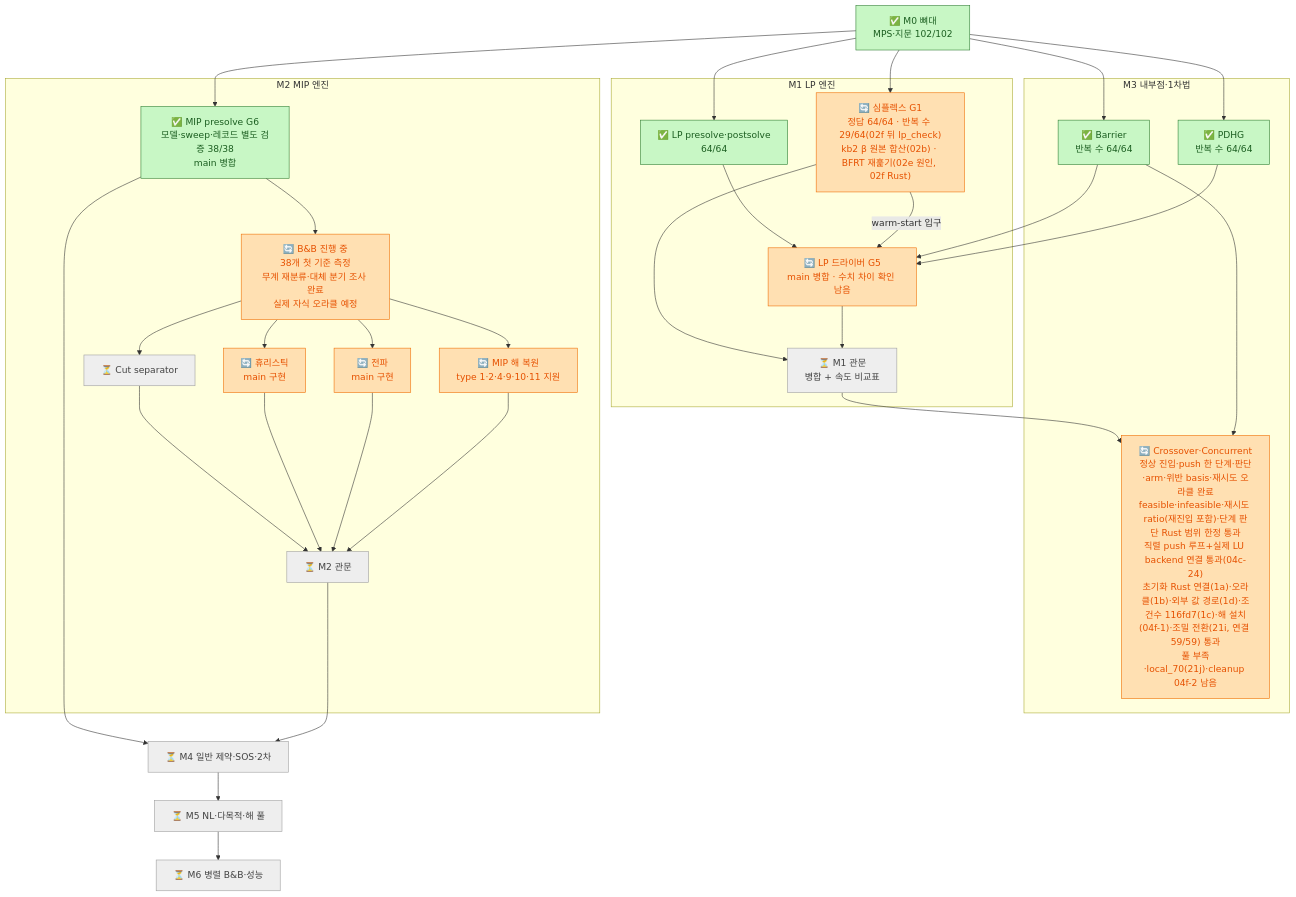
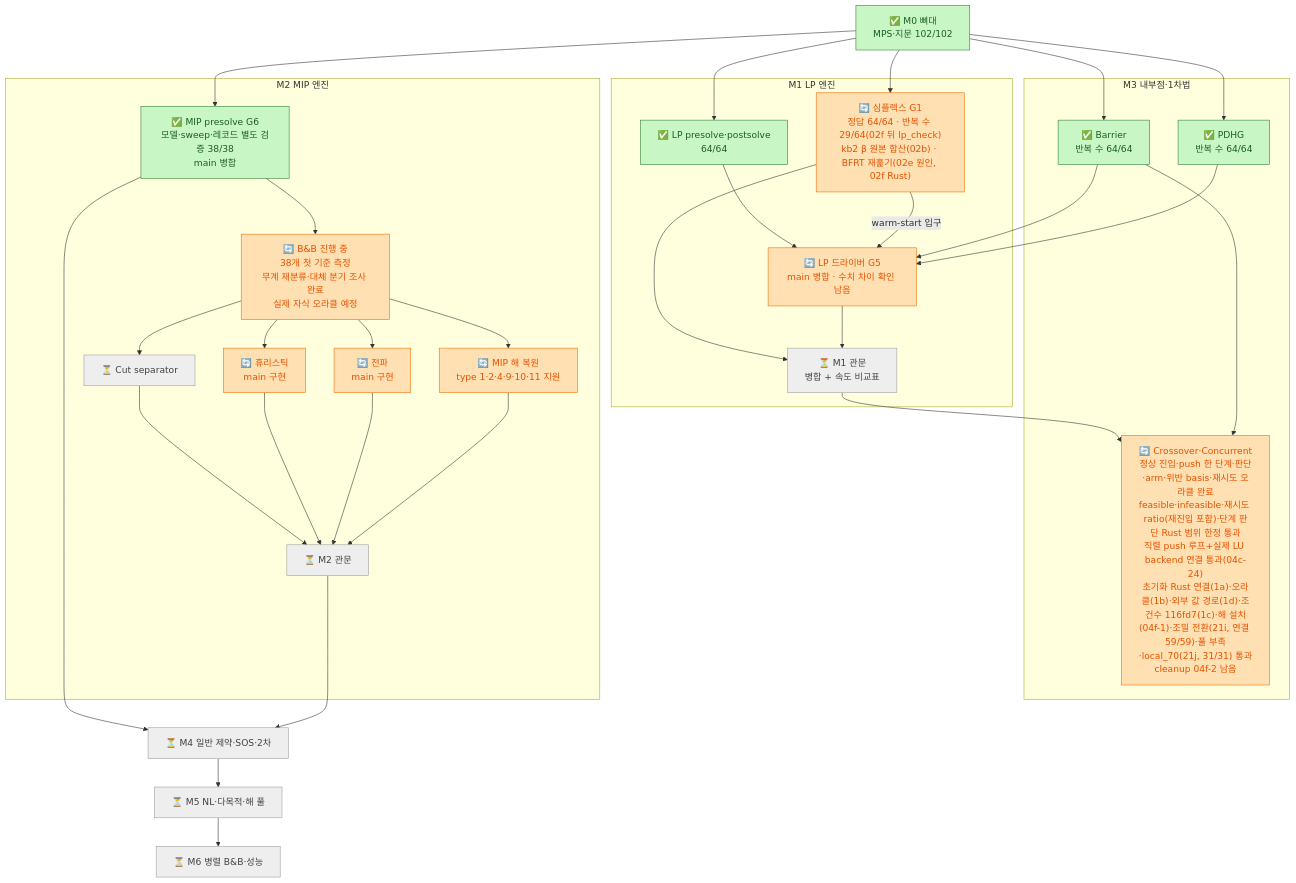
Before and after one commit to kjh278231/kerobi: the diagram in docs/12_roadmap_diagram.md, drawn with Mermaid. The commit also changed other lines of this file and 10 other files, not shown here.

````diff
--- a/docs/12_roadmap_diagram.md
+++ b/docs/12_roadmap_diagram.md
@@ -207,49 +209,49 @@
 ```mermaid
 flowchart TD
     classDef done fill:#c8f7c5,stroke:#2e7d32,color:#1b5e20
     classDef doing fill:#ffe0b2,stroke:#ef6c00,color:#e65100
     classDef pending fill:#bbdefb,stroke:#1565c0,color:#0d47a1
     classDef todo fill:#eeeeee,stroke:#9e9e9e,color:#424242
 
     M0["✅ M0 뼈대<br/>MPS·지문 102/102"]:::done
 
     subgraph M1["M1 LP 엔진"]
         PRE["✅ LP presolve·postsolve<br/>64/64"]:::done
         SPX["🔄 심플렉스 G1<br/>정답 64/64 · 반복 수 29/64(02f 뒤 lp_check)<br/>kb2 β 원본 합산(02b) · BFRT 재훑기(02e 원인, 02f Rust)"]:::doing
         DRV["🔄 LP 드라이버 G5<br/>main 병합 · 수치 차이 확인 남음"]:::doing
         GATE1["⏳ M1 관문<br/>병합 + 속도 비교표"]:::todo
     end
 
     subgraph M3["M3 내부점·1차법"]
         BAR["✅ Barrier<br/>반복 수 64/64"]:::done
         PDHG["✅ PDHG<br/>반복 수 64/64"]:::done
-        XO["🔄 Crossover·Concurrent<br/>정상 진입·push 한 단계·판단·arm·위반 basis·재시도 오라클 완료<br/>feasible·infeasible·재시도 ratio(재진입 포함)·단계 판단 Rust 범위 한정 통과<br/>직렬 push 루프+실제 LU backend 연결 통과(04c-24)<br/>초기화 Rust 연결(1a)·오라클(1b)·외부 값 경로(1d)·조건수 116fd7(1c)·해 설치(04f-1)·조밀 전환(21i, 연결 59/59) 통과<br/>풀 부족·local_70(21j)·cleanup 04f-2 남음"]:::doing
+        XO["🔄 Crossover·Concurrent<br/>정상 진입·push 한 단계·판단·arm·위반 basis·재시도 오라클 완료<br/>feasible·infeasible·재시도 ratio(재진입 포함)·단계 판단 Rust 범위 한정 통과<br/>직렬 push 루프+실제 LU backend 연결 통과(04c-24)<br/>초기화 Rust 연결(1a)·오라클(1b)·외부 값 경로(1d)·조건수 116fd7(1c)·해 설치(04f-1)·조밀 전환(21i, 연결 59/59)·풀 부족·local_70(21j, 31/31) 통과<br/>cleanup 04f-2 남음"]:::doing
     end
 
     subgraph M2["M2 MIP 엔진"]
         MPRE["✅ MIP presolve G6<br/>모델·sweep·레코드 별도 검증 38/38<br/>main 병합"]:::done
         BNB["🔄 B&B 진행 중<br/>38개 첫 기준 측정<br/>무계 재분류·대체 분기 조사 완료<br/>실제 자식 오라클 예정"]:::doing
         CUT["⏳ Cut separator"]:::todo
         HEU["🔄 휴리스틱<br/>main 구현"]:::doing
         PROP["🔄 전파<br/>main 구현"]:::doing
         POST["🔄 MIP 해 복원<br/>type 1·2·4·9·10·11 지원"]:::doing
         GATE2["⏳ M2 관문"]:::todo
     end
 
     M4["⏳ M4 일반 제약·SOS·2차"]:::todo
     M5["⏳ M5 NL·다목적·해 풀"]:::todo
     M6["⏳ M6 병렬 B&B·성능"]:::todo
 
     M0 --> PRE & SPX & BAR & PDHG & MPRE
     PRE --> DRV
     BAR & PDHG --> DRV
     SPX -- "warm-start 입구" --> DRV
     SPX & DRV --> GATE1
     GATE1 --> XO
     BAR --> XO
     MPRE --> BNB
     BNB --> CUT & HEU & PROP & POST
     CUT & HEU & PROP & POST --> GATE2
     MPRE --> M4
     GATE2 --> M4 --> M5 --> M6
 ```
````
